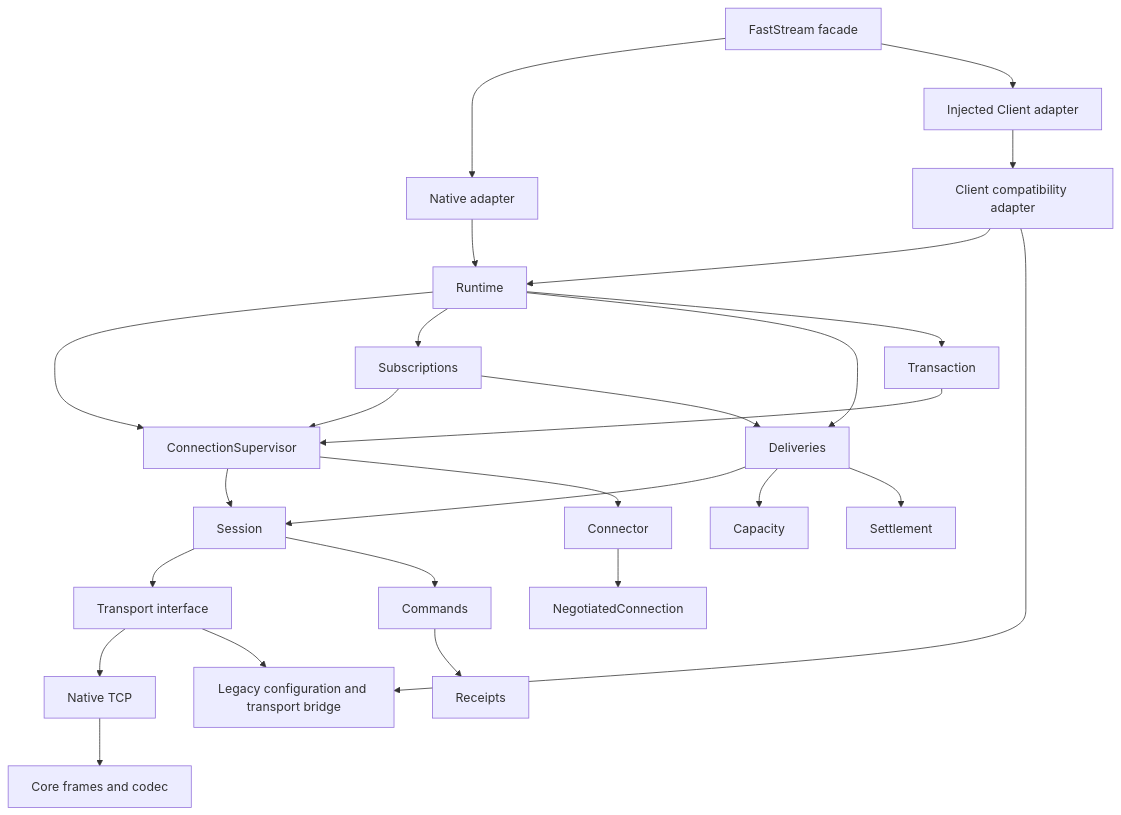
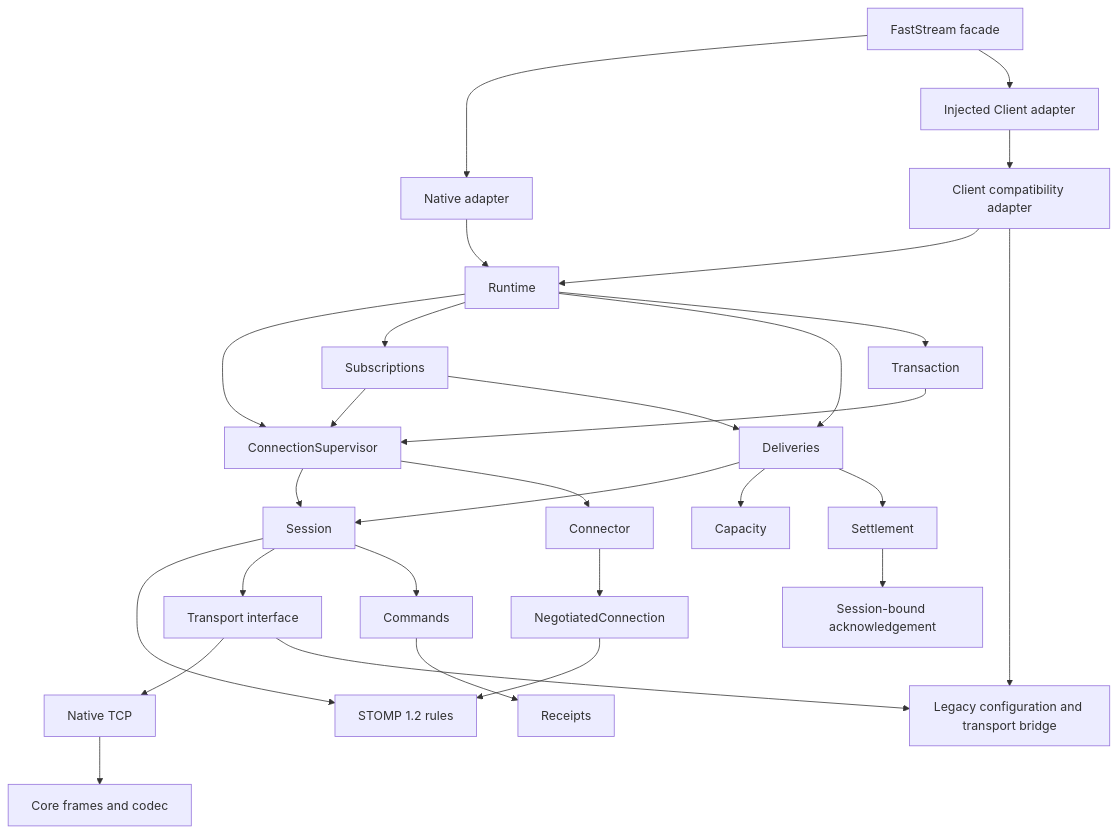
The diagram in docs/session-core.md (community-of-python/stompman), drawn with Mermaid before and after one commit. The commit also changed other lines of this file and 37 other files, not shown here.

Commit message:
Harden STOMP sessions and isolate legacy protocol tolerance

````diff
--- a/docs/session-core.md
+++ b/docs/session-core.md
@@ -16,28 +16,31 @@
 ```mermaid
 flowchart TD
     FastStream[FastStream facade] --> Native[Native adapter]
     Native --> Runtime
     FastStream --> Injected[Injected Client adapter]
     Injected --> Client
     Client[Client compatibility adapter] --> Runtime
     Client --> Compatibility[Legacy configuration and transport bridge]
     Runtime --> Recovery[ConnectionSupervisor]
     Runtime --> Subscriptions
     Runtime --> Deliveries
     Runtime --> Transaction
     Subscriptions --> Recovery
     Transaction --> Recovery
     Subscriptions --> Deliveries
     Recovery --> Session
     Recovery --> Connector
     Connector --> Handshake[NegotiatedConnection]
+    Handshake --> Protocol[STOMP 1.2 rules]
+    Session --> Protocol
     Deliveries --> Session
     Session --> Transport[Transport interface]
     Transport --> TCP[Native TCP]
     Transport --> Compatibility
     Session --> Commands
     Commands --> Receipts
     Deliveries --> Capacity
     Deliveries --> Settlement
+    Settlement --> Acknowledgement[Session-bound acknowledgement]
     TCP --> Codec[Core frames and codec]
 ```
````
